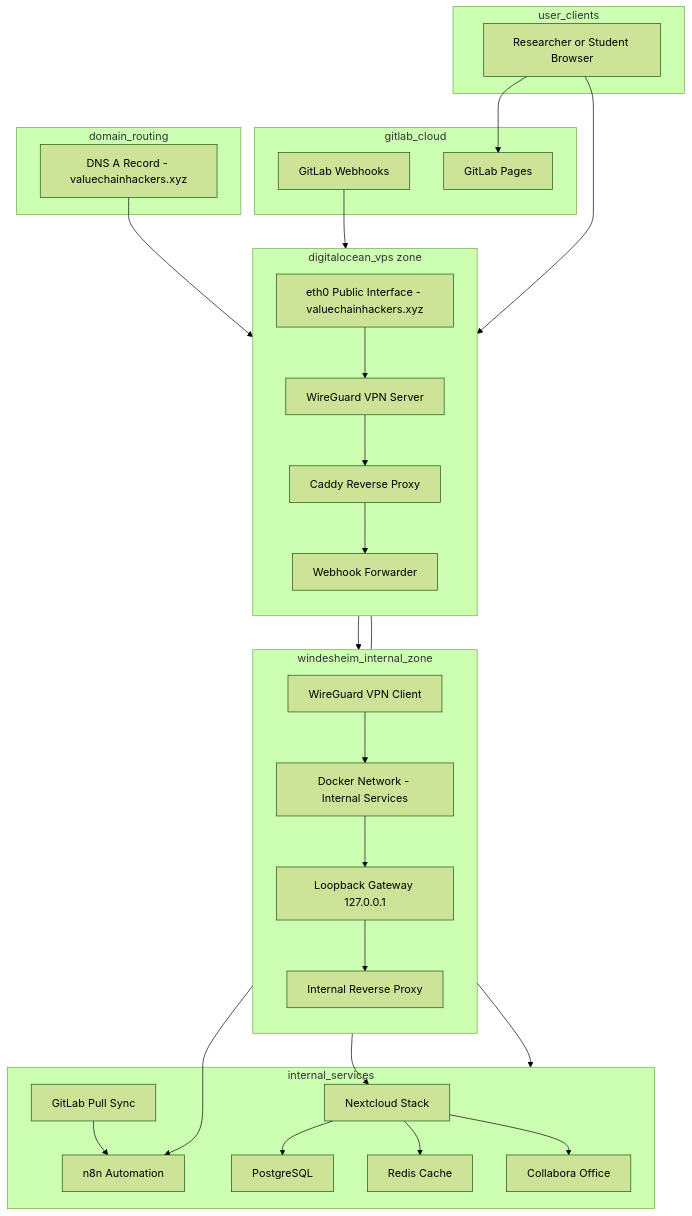
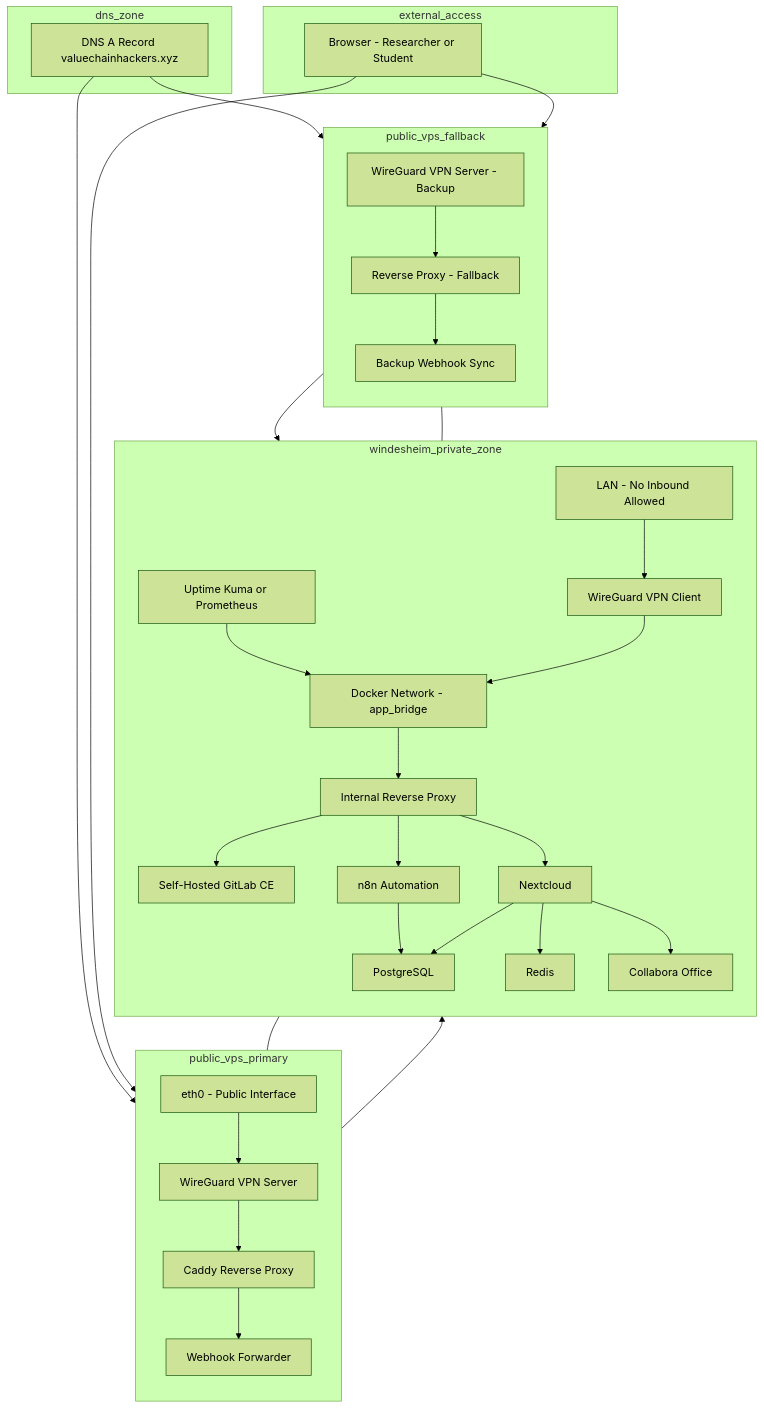
One commit to Value-Chain-Hackers/VCH-Infra changed the second of 4 diagrams in README.md. Above: the diagram before and after it, drawn with Mermaid (forest theme).

````diff
--- a/README.md
+++ b/README.md
@@ -393,76 +393,80 @@
 ```mermaid
 flowchart TD
 
-  %% INTERNAL WINDESHEIM NETWORK (PRIVATE ZONE)
-  subgraph windesheim_internal_zone
+  %% WINDESHEIM INTERNAL NETWORK
+  subgraph windesheim_private_zone
     direction TB
 
-    wg_client[WireGuard VPN Client]
-    docker_bridge[Docker Network - Internal Services]
-    internal_gateway[Loopback Gateway 127.0.0.1]
-    internal_proxy[Internal Reverse Proxy]
+    internal_lan[LAN - No Inbound Allowed]
+    vpn_client[WireGuard VPN Client]
+    docker_net[Docker Network - app_bridge]
 
-    wg_client --> docker_bridge
-    docker_bridge --> internal_gateway
-    internal_gateway --> internal_proxy
+    proxy_int[Internal Reverse Proxy]
+    gitlab[Self-Hosted GitLab CE]
+    nextcloud[Nextcloud]
+    n8n[n8n Automation]
+    postgres[PostgreSQL]
+    redis[Redis]
+    collabora[Collabora Office]
+    monitoring[Uptime Kuma or Prometheus]
+
+    internal_lan --> vpn_client
+    vpn_client --> docker_net
+    docker_net --> proxy_int
+    proxy_int --> gitlab
+    proxy_int --> nextcloud
+    proxy_int --> n8n
+    nextcloud --> postgres
+    nextcloud --> redis
+    nextcloud --> collabora
+    n8n --> postgres
+    monitoring --> docker_net
   end
 
-  %% SERVICES BEHIND INTERNAL PROXY (ABSTRACTED)
-  subgraph internal_services
-    nextcloud[Nextcloud Stack]
-    n8n[n8n Automation]
-    git_sync[GitLab Pull Sync]
-    nextcloud_db[PostgreSQL]
-    nextcloud_redis[Redis Cache]
-    office_collab[Collabora Office]
-    nextcloud --> nextcloud_db
-    nextcloud --> nextcloud_redis
-    nextcloud --> office_collab
-    internal_proxy --> nextcloud
-    internal_proxy --> n8n
-    git_sync --> n8n
+  %% DIGITALOCEAN VPS WITH FAILOVER
+  subgraph public_vps_primary
+    direction TB
+    vps_iface[eth0 - Public Interface]
+    vpn_server[WireGuard VPN Server]
+    proxy_ext_primary[Caddy Reverse Proxy]
+    webhook_relay[Webhook Forwarder]
+
+    vps_iface --> vpn_server
+    vpn_server --> proxy_ext_primary
+    proxy_ext_primary --> webhook_relay
   end
 
-  docker_bridge --> internal_services
+  subgraph public_vps_fallback
+    direction TB
+    vpn_server_b[WireGuard VPN Server - Backup]
+    proxy_ext_backup[Reverse Proxy - Fallback]
+    relay_backup[Backup Webhook Sync]
 
-  %% PUBLIC VPS LAYER (REVERSE PROXY AND ROUTING)
-  subgraph digitalocean_vps zone
-    direction TB
-
-    public_iface[eth0 Public Interface - valuechainhackers.xyz]
-    wg_server[WireGuard VPN Server]
-    caddy_proxy[Caddy Reverse Proxy]
-    webhook_relay[Webhook Forwarder]
-
-    public_iface --> wg_server
-    wg_server --> caddy_proxy
-    caddy_proxy --> webhook_relay
+    proxy_ext_backup --> relay_backup
+    vpn_server_b --> proxy_ext_backup
   end
 
-  %% DOMAIN ROUTING
-  subgraph domain_routing
-    dns_valuechainhackers[DNS A Record - valuechainhackers.xyz]
-    dns_valuechainhackers --> public_iface
+  %% VPN ROUTING LINKS
+  vpn_client --- vpn_server
+  vpn_client --- vpn_server_b
+
+  %% PUBLIC DOMAIN + ROUTING
+  subgraph dns_zone
+    domain_a[DNS A Record valuechainhackers.xyz]
+    domain_a --> proxy_ext_primary
+    domain_a --> proxy_ext_backup
   end
 
-  %% VPN LINK (PERSISTENT OUTBOUND)
-  wg_client --- wg_server
-
-  %% GITLAB CLOUD
-  subgraph gitlab_cloud
-    gitlab_hooks[GitLab Webhooks]
-    gitlab_pages[GitLab Pages]
-    gitlab_hooks --> webhook_relay
+  %% EXTERNAL WORLD
+  subgraph external_access
+    researcher_browser[Browser - Researcher or Student]
+    researcher_browser --> proxy_ext_primary
+    researcher_browser --> proxy_ext_backup
   end
 
-  %% EXTERNAL USER FLOW
-  subgraph user_clients
-    user_browser[Researcher or Student Browser]
-    user_browser --> gitlab_pages
-    user_browser --> caddy_proxy
-  end
+  %% FLOW BACK TO INTERNAL
+  webhook_relay --> vpn_client
+  relay_backup --> vpn_client
 
-  %% RELAY FLOW TO INTERNAL
-  webhook_relay --> wg_client
 
 ```
````
